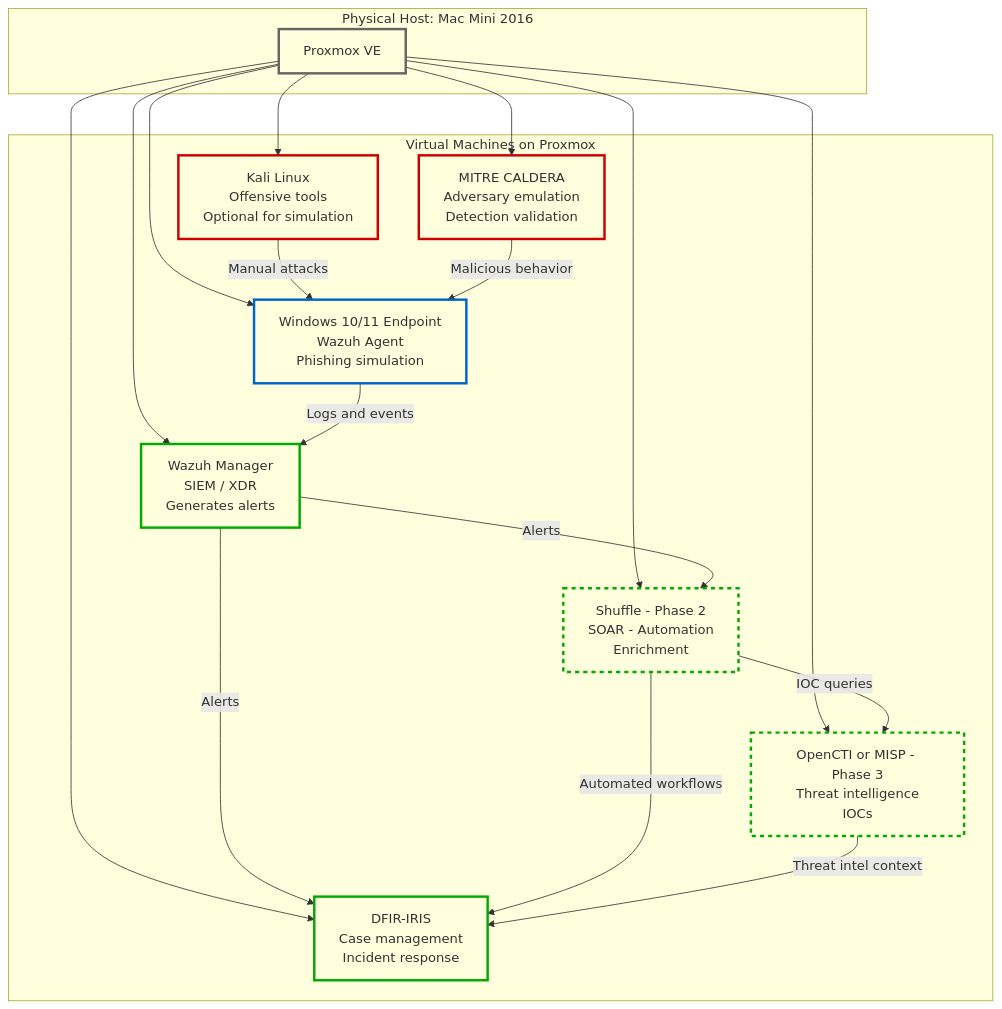
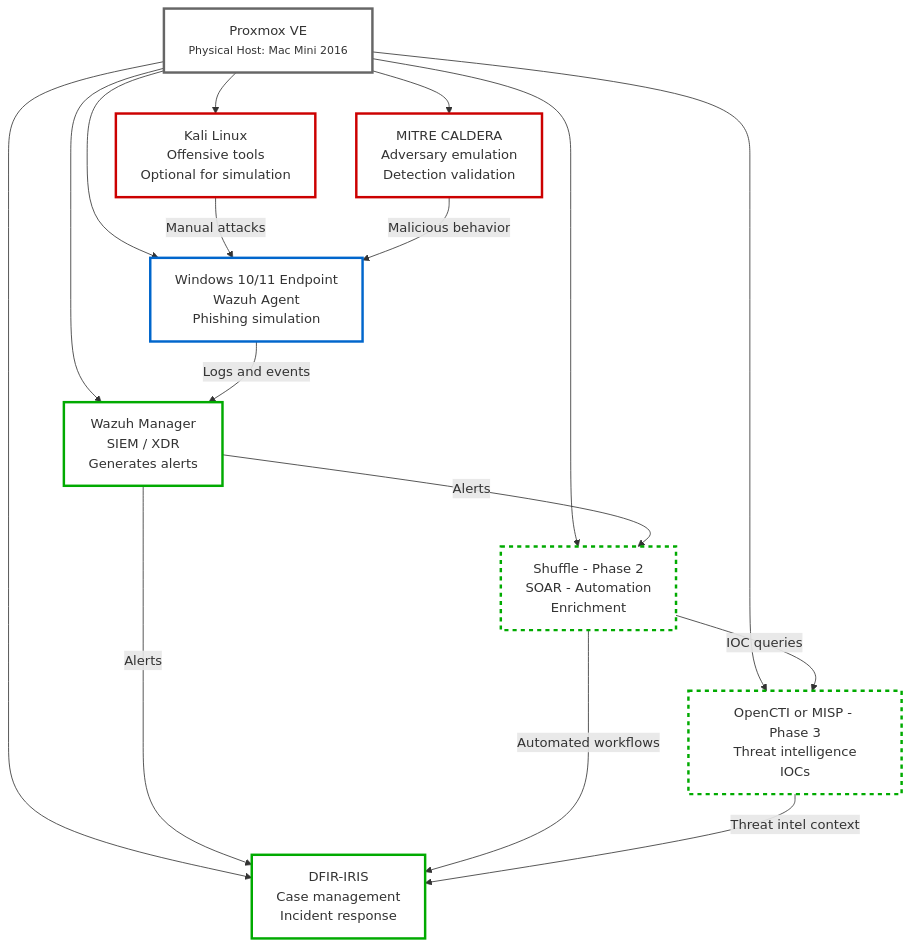
One commit to moabdib2000/hybrid-soc-lab changed the diagram in README.md. Above: the diagram before and after it, drawn with Mermaid.

Commit message:
Update architecture diagram in README.md

````diff
--- a/README.md
+++ b/README.md
@@ -17,43 +17,39 @@
 ```mermaid
 graph TD
-    subgraph "Physical Host: Mac Mini 2016"
-        P[Proxmox VE]
-    end
+    P[Proxmox VE<br/><small>Physical Host: Mac Mini 2016</small>]
 
-    subgraph "Virtual Machines on Proxmox"
-        W["Windows 10/11 Endpoint<br>Wazuh Agent<br>Phishing simulation"]
-        K["Kali Linux<br>Offensive tools<br>Optional for simulation"]
-        C["MITRE CALDERA<br>Adversary emulation<br>Detection validation"]
-        WAZ["Wazuh Manager<br>SIEM / XDR<br>Generates alerts"]
-        IRIS["DFIR-IRIS<br>Case management<br>Incident response"]
-        SH["Shuffle - Phase 2<br>SOAR - Automation<br>Enrichment"]
-        TI["OpenCTI or MISP - Phase 3<br>Threat intelligence<br>IOCs"]
-    end
+    W["Windows 10/11 Endpoint<br>Wazuh Agent<br>Phishing simulation"]
+    K["Kali Linux<br>Offensive tools<br>Optional for simulation"]
+    C["MITRE CALDERA<br>Adversary emulation<br>Detection validation"]
+    WAZ["Wazuh Manager<br>SIEM / XDR<br>Generates alerts"]
+    IRIS["DFIR-IRIS<br>Case management<br>Incident response"]
+    SH["Shuffle - Phase 2<br>SOAR - Automation<br>Enrichment"]
+    TI["OpenCTI or MISP - Phase 3<br>Threat intelligence<br>IOCs"]
 
     P --> W
     P --> K
     P --> C
     P --> WAZ
     P --> IRIS
     P --> SH
     P --> TI
 
     W -->|Logs and events| WAZ
     K -->|Manual attacks| W
     C -->|Malicious behavior| W
     WAZ -->|Alerts| IRIS
     WAZ -->|Alerts| SH
     SH -->|Automated workflows| IRIS
     SH -->|IOC queries| TI
     TI -->|Threat intel context| IRIS
 
     style P stroke:#666,stroke-width:3px,fill:none
     style W stroke:#0066cc,stroke-width:3px,fill:none
     style K stroke:#cc0000,stroke-width:3px,fill:none
     style C stroke:#cc0000,stroke-width:3px,fill:none
     style WAZ stroke:#00aa00,stroke-width:3px,fill:none
     style IRIS stroke:#00aa00,stroke-width:3px,fill:none
     style SH stroke:#00aa00,stroke-width:3px,stroke-dasharray: 5 5,fill:none
     style TI stroke:#00aa00,stroke-width:3px,stroke-dasharray: 5 5,fill:none
 
 ```
````
